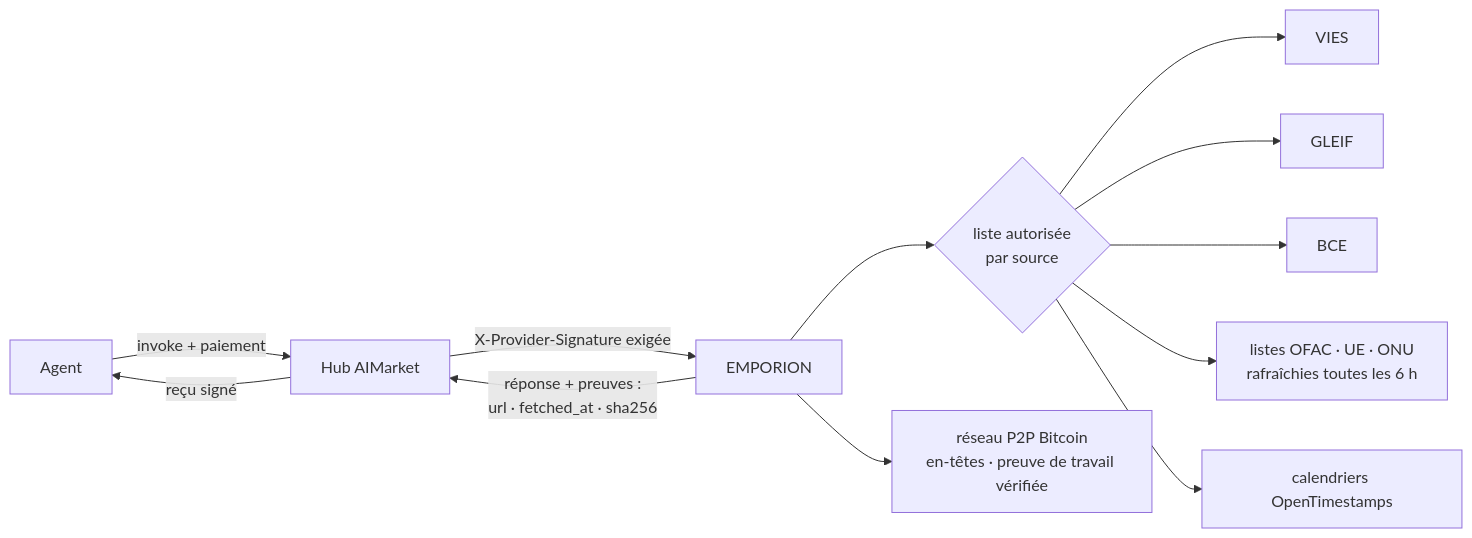
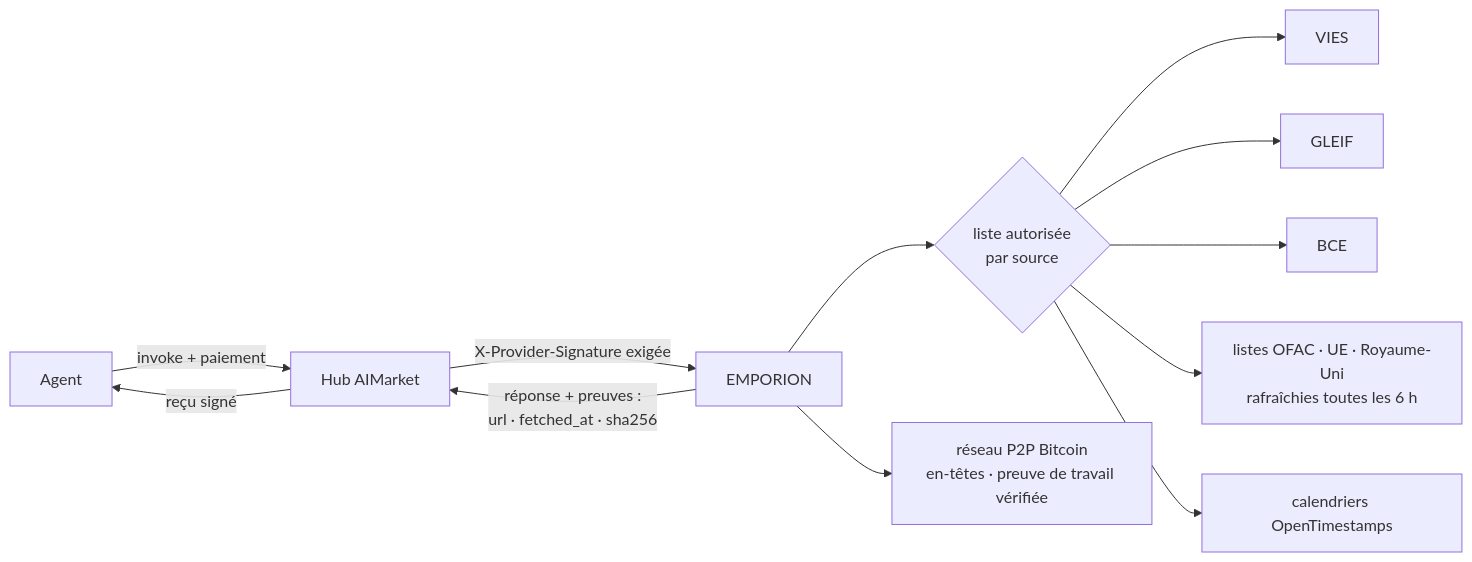
One commit to alexar76/emporion changed the first of 3 diagrams in README.fr.md. Above: the diagram before and after it, drawn with Mermaid. The commit also changed other lines of this file and 19 other files, not shown here.

````diff
--- a/README.fr.md
+++ b/README.fr.md
@@ -57,14 +57,14 @@
 ```mermaid
 flowchart LR
     A[Agent] -->|invoke + paiement| H[Hub AIMarket]
     H -->|X-Provider-Signature exigée| E[EMPORION]
     E --> N{liste autorisée<br/>par source}
     N --> V[VIES]
     N --> G[GLEIF]
     N --> C[BCE]
-    N --> S[listes OFAC · UE · ONU<br/>rafraîchies toutes les 6 h]
+    N --> S[listes OFAC · UE · Royaume-Uni<br/>rafraîchies toutes les 6 h]
     N --> O[calendriers OpenTimestamps]
     E --> X[réseau P2P Bitcoin<br/>en-têtes · preuve de travail vérifiée]
     E -->|réponse + preuves :<br/>url · fetched_at · sha256| H
     H -->|reçu signé| A
 ```
````
